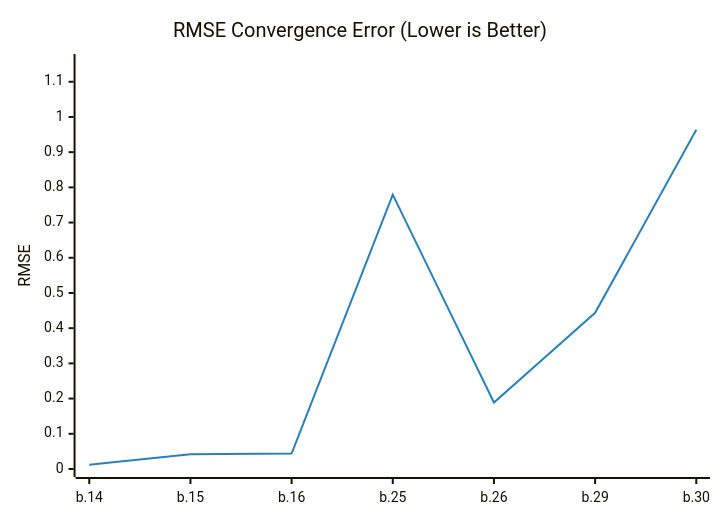
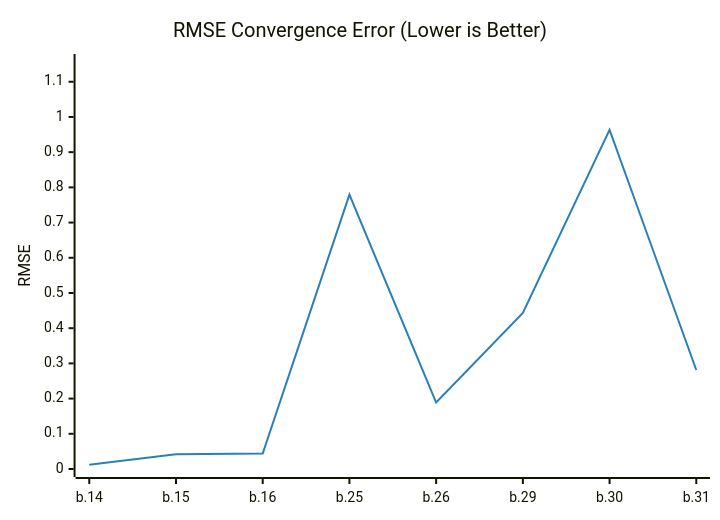
One commit to timo-eberl/tracy changed the diagram in README.md. Above: the diagram before and after it, drawn with Mermaid. The commit also changed other lines of this file and 2 other files, not shown here.

````diff
--- a/README.md
+++ b/README.md
@@ -13,14 +13,14 @@
 ```mermaid
 ---
 config:
     theme: base
     themeVariables:
         xyChart:
             plotColorPalette: "#2980b9"
 ---
 xychart-beta
     title "RMSE Convergence Error (Lower is Better)"
-    x-axis ["b.14", "b.15", "b.16", "b.25", "b.26", "b.29", "b.30"]
+    x-axis ["b.14", "b.15", "b.16", "b.25", "b.26", "b.29", "b.30", "b.31"]
     y-axis "RMSE" 0 --> 1.1561
-    line [0.012064, 0.041607, 0.043946, 0.7793, 0.1888, 0.4436, 0.9634]
+    line [0.012064, 0.041607, 0.043946, 0.7793, 0.1888, 0.4436, 0.9634, 0.2812]
 ```
````
